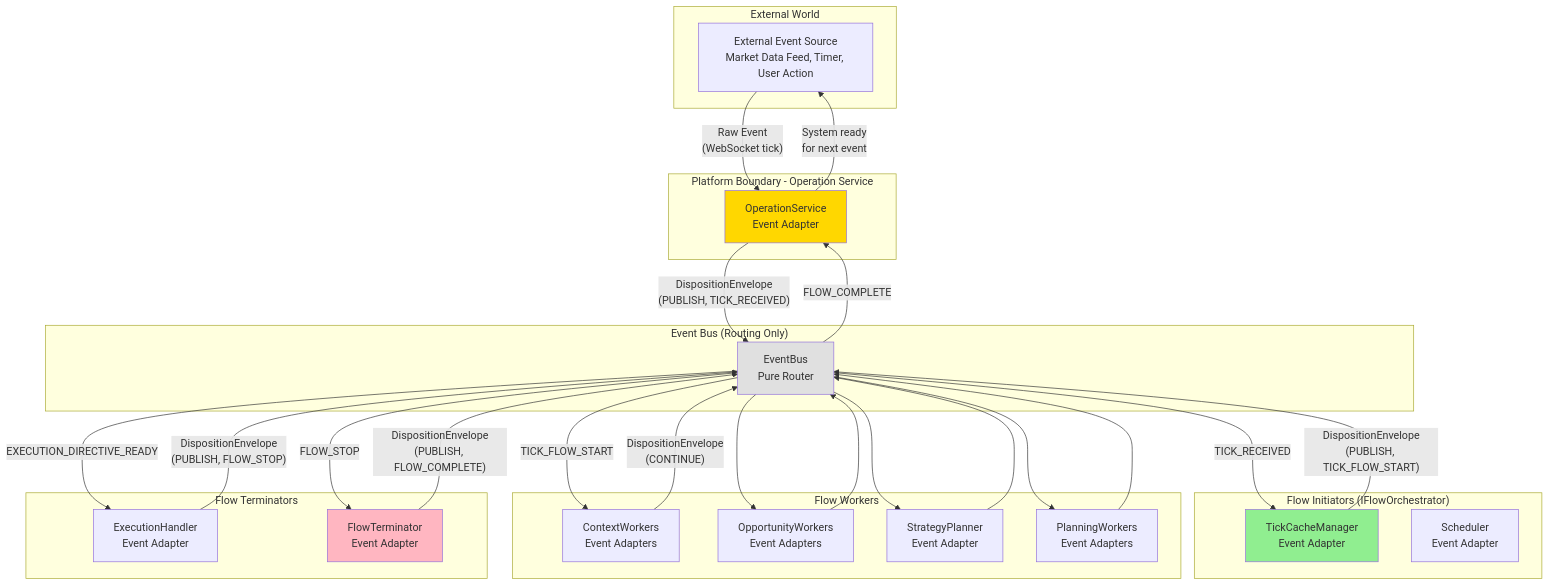
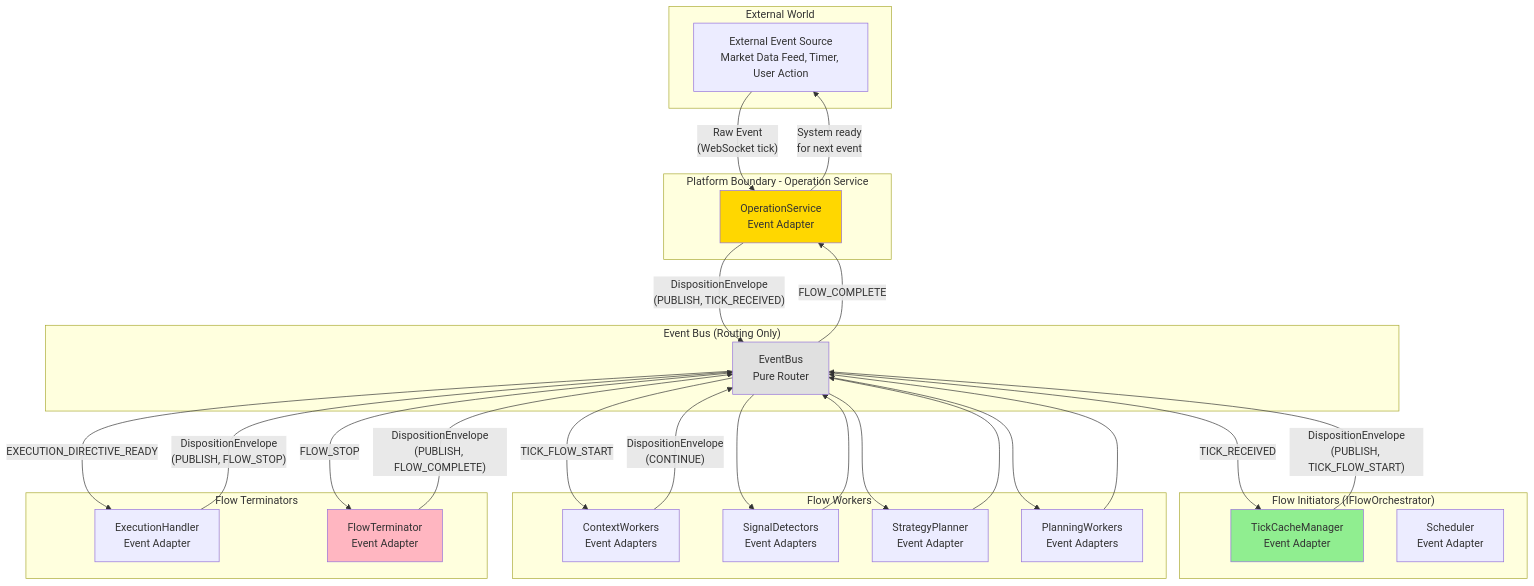
The third of 5 diagrams in docs/development/PLATFORM_VS_STRATEGY_WIRING.md (MikeyVK/S1mpleTraderV3), drawn with Mermaid before and after one commit. The commit also changed other lines of this file and 10 other files, not shown here.

````diff
--- a/docs/development/PLATFORM_VS_STRATEGY_WIRING.md
+++ b/docs/development/PLATFORM_VS_STRATEGY_WIRING.md
@@ -1301,60 +1301,60 @@
 ```mermaid
 graph TB
     subgraph "External World"
         EXT[External Event Source<br/>Market Data Feed, Timer, User Action]
     end
     
     subgraph "Platform Boundary - Operation Service"
         OS[OperationService<br/>Event Adapter]
     end
     
     subgraph "Event Bus (Routing Only)"
         EB[EventBus<br/>Pure Router]
     end
     
     subgraph "Flow Initiators (IFlowOrchestrator)"
         TCM[TickCacheManager<br/>Event Adapter]
         SCHED[Scheduler<br/>Event Adapter]
     end
     
     subgraph "Flow Workers"
         CW[ContextWorkers<br/>Event Adapters]
-        OW[OpportunityWorkers<br/>Event Adapters]
+        OW[SignalDetectors<br/>Event Adapters]
         SP[StrategyPlanner<br/>Event Adapter]
         PP[PlanningWorkers<br/>Event Adapters]
     end
     
     subgraph "Flow Terminators"
         EH[ExecutionHandler<br/>Event Adapter]
         FT[FlowTerminator<br/>Event Adapter]
     end
     
     EXT -->|"Raw Event<br/>(WebSocket tick)"| OS
     OS -->|"DispositionEnvelope<br/>(PUBLISH, TICK_RECEIVED)"| EB
     
     EB -->|"TICK_RECEIVED"| TCM
     TCM -->|"DispositionEnvelope<br/>(PUBLISH, TICK_FLOW_START)"| EB
     
     EB -->|"TICK_FLOW_START"| CW
     CW -->|"DispositionEnvelope<br/>(CONTINUE)"| EB
     EB --> OW
     OW --> EB
     EB --> SP
     SP --> EB
     EB --> PP
     PP --> EB
     
     EB -->|"EXECUTION_DIRECTIVE_READY"| EH
     EH -->|"DispositionEnvelope<br/>(PUBLISH, FLOW_STOP)"| EB
     
     EB -->|"FLOW_STOP"| FT
     FT -->|"DispositionEnvelope<br/>(PUBLISH, FLOW_COMPLETE)"| EB
     
     EB -->|"FLOW_COMPLETE"| OS
     OS -->|"System ready<br/>for next event"| EXT
     
     style OS fill:#FFD700
     style TCM fill:#90EE90
     style FT fill:#FFB6C1
     style EB fill:#E0E0E0
 ```
````
